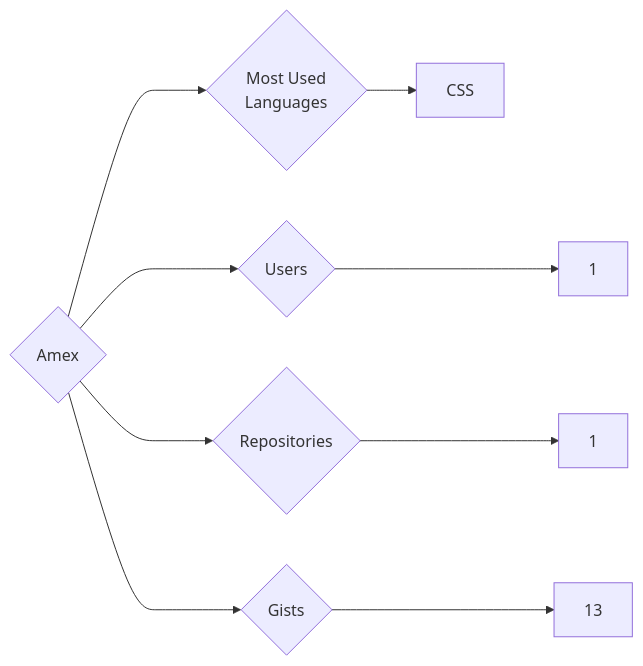
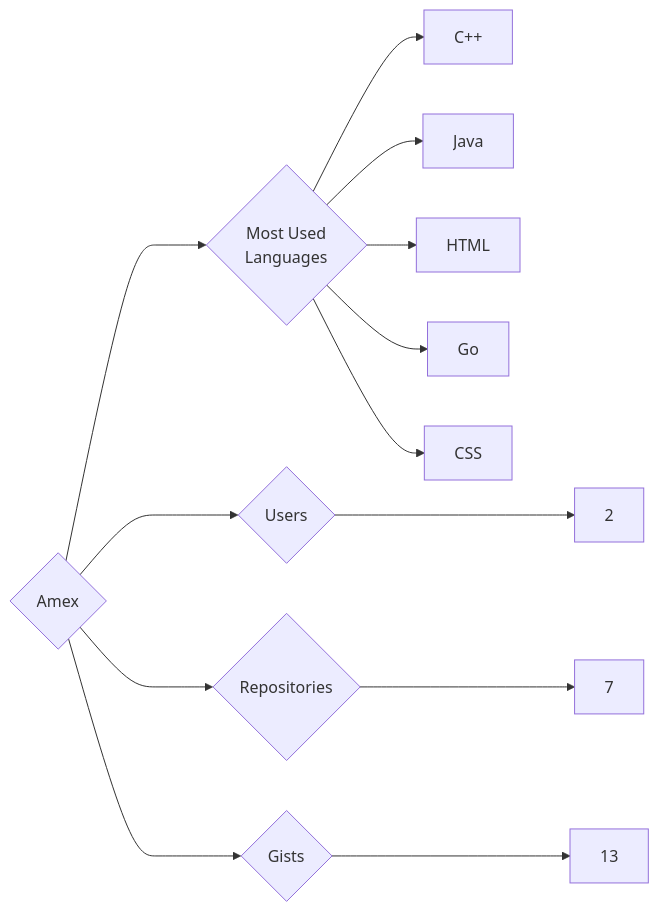
Before and after one commit to trickest/insiders: the diagram in targets/Amex/README.md, drawn with Mermaid. The commit also changed 865 other files, not shown here.

````diff
--- a/targets/Amex/README.md
+++ b/targets/Amex/README.md
@@ -3,9 +3,13 @@
 ```mermaid
 graph LR
 COMPANY_NAME{Amex}
-COMPANY_NAME ---> U{Users} ---> UN[1]
-COMPANY_NAME ---> R{Repositories} ---> RN[1]
+COMPANY_NAME ---> U{Users} ---> UN[2]
+COMPANY_NAME ---> R{Repositories} ---> RN[7]
 COMPANY_NAME ---> G{Gists} ---> GN[13]
 COMPANY_NAME ---> ML{Most Used<br>Languages}
+ML --> C++[C++]
+ML --> Java[Java]
+ML --> HTML[HTML]
+ML --> Go[Go]
 ML --> CSS[CSS]
 ```
````
